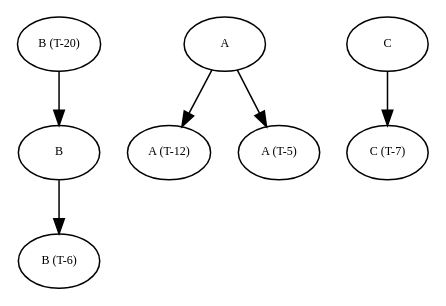
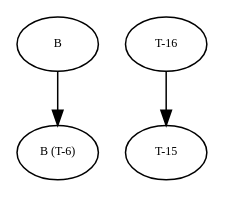
The diagram in graphs/debug_tree0.dot (amso100/livescript-declarations), drawn with Graphviz before and after one commit. The commit also changed 9 other files, not shown here.

```diff
--- a/graphs/debug_tree0.dot
+++ b/graphs/debug_tree0.dot
@@ -1,61 +1,29 @@
 digraph RGL__DirectedAdjacencyGraph {
-    "B (T-20)" [
-        fontsize = 8,
-        label = "B (T-20)"
-    ]
-
     B [
         fontsize = 8,
         label = B
     ]
 
     "B (T-6)" [
         fontsize = 8,
         label = "B (T-6)"
     ]
 
-    A [
+    "T-16" [
         fontsize = 8,
-        label = A
+        label = "T-16"
     ]
 
-    "A (T-12)" [
+    "T-15" [
         fontsize = 8,
-        label = "A (T-12)"
-    ]
-
-    "A (T-5)" [
-        fontsize = 8,
-        label = "A (T-5)"
-    ]
-
-    C [
-        fontsize = 8,
-        label = C
-    ]
-
-    "C (T-7)" [
-        fontsize = 8,
-        label = "C (T-7)"
-    ]
-
-    "B (T-20)" -> B [
-        fontsize = 8
+        label = "T-15"
     ]
 
     B -> "B (T-6)" [
         fontsize = 8
     ]
 
-    A -> "A (T-12)" [
-        fontsize = 8
-    ]
-
-    A -> "A (T-5)" [
-        fontsize = 8
-    ]
-
-    C -> "C (T-7)" [
+    "T-16" -> "T-15" [
         fontsize = 8
     ]
 }
```
